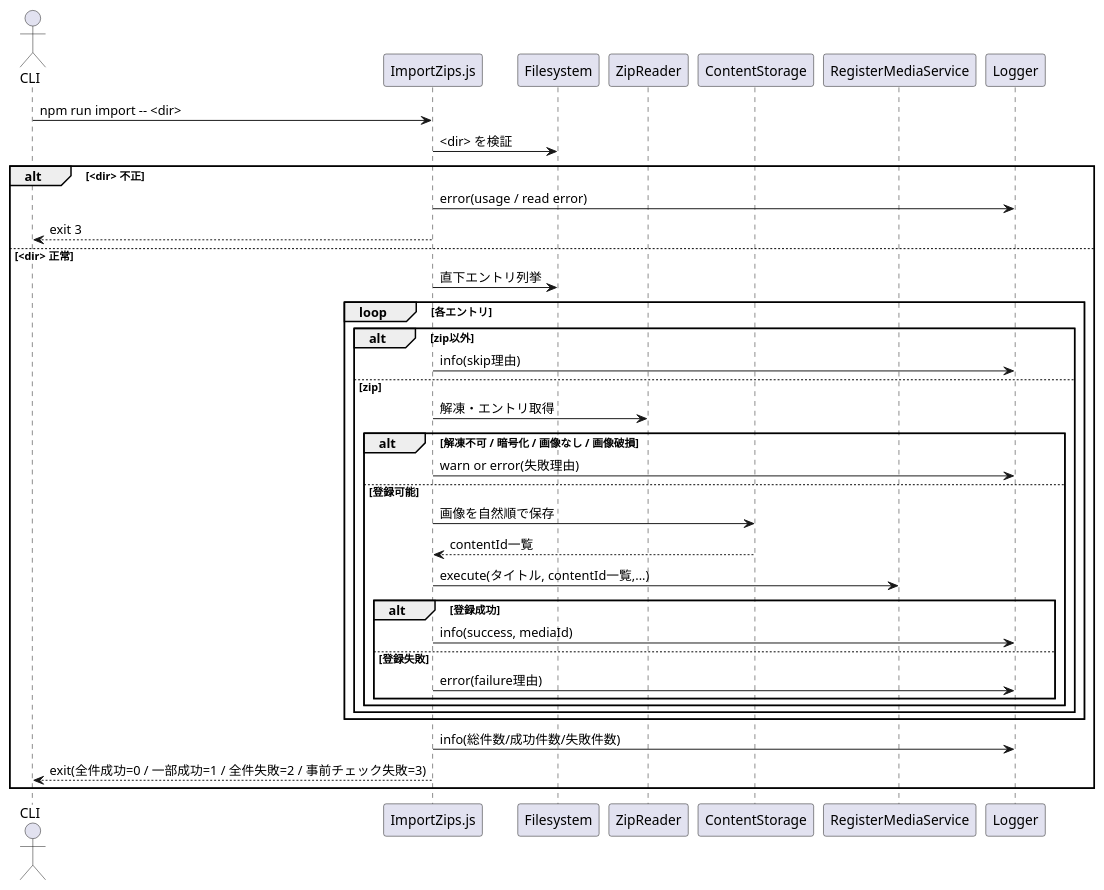
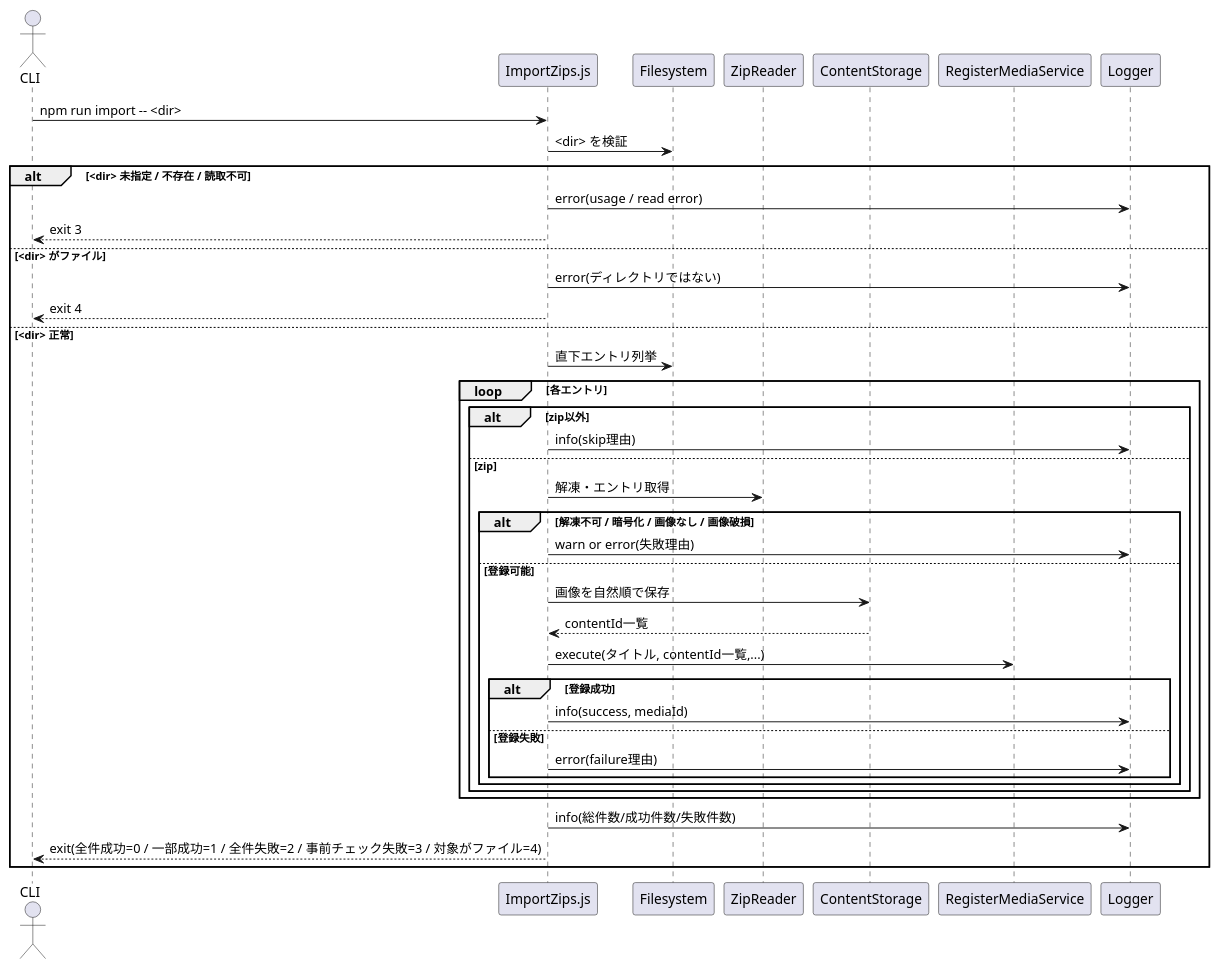
One commit to hachimitu22/MangaViewer changed the diagram in doc/4_application/app/ImportZips/readme.md. Above: the diagram before and after it, drawn with PlantUML. The commit also changed other lines of this file and 5 other files, not shown here.

````diff
--- a/doc/4_application/app/ImportZips/readme.md
+++ b/doc/4_application/app/ImportZips/readme.md
@@ -80,41 +85,44 @@
 ```plantuml
 @startuml
 actor CLI as cli
 participant "ImportZips.js" as script
 participant "Filesystem" as fs
 participant "ZipReader" as zip
 participant "ContentStorage" as storage
 participant "RegisterMediaService" as register
 participant "Logger" as logger
 
 cli -> script: npm run import -- <dir>
 script -> fs: <dir> を検証
-alt <dir> 不正
+alt <dir> 未指定 / 不存在 / 読取不可
   script -> logger: error(usage / read error)
   script --> cli: exit 3
+else <dir> がファイル
+  script -> logger: error(ディレクトリではない)
+  script --> cli: exit 4
 else <dir> 正常
   script -> fs: 直下エントリ列挙
   loop 各エントリ
     alt zip以外
       script -> logger: info(skip理由)
     else zip
       script -> zip: 解凍・エントリ取得
       alt 解凍不可 / 暗号化 / 画像なし / 画像破損
         script -> logger: warn or error(失敗理由)
       else 登録可能
         script -> storage: 画像を自然順で保存
         storage --> script: contentId一覧
         script -> register: execute(タイトル, contentId一覧,...)
         alt 登録成功
           script -> logger: info(success, mediaId)
         else 登録失敗
           script -> logger: error(failure理由)
         end
       end
     end
   end
   script -> logger: info(総件数/成功件数/失敗件数)
-  script --> cli: exit(全件成功=0 / 一部成功=1 / 全件失敗=2 / 事前チェック失敗=3)
+  script --> cli: exit(全件成功=0 / 一部成功=1 / 全件失敗=2 / 事前チェック失敗=3 / 対象がファイル=4)
 end
 @enduml
 ```
````
